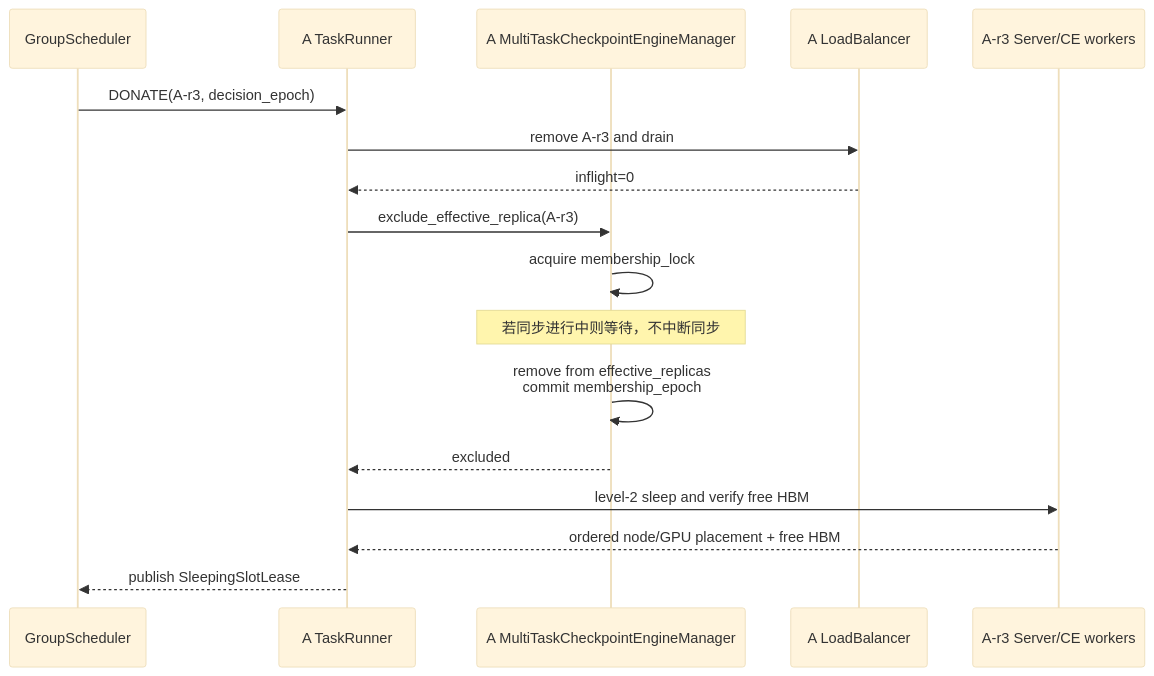
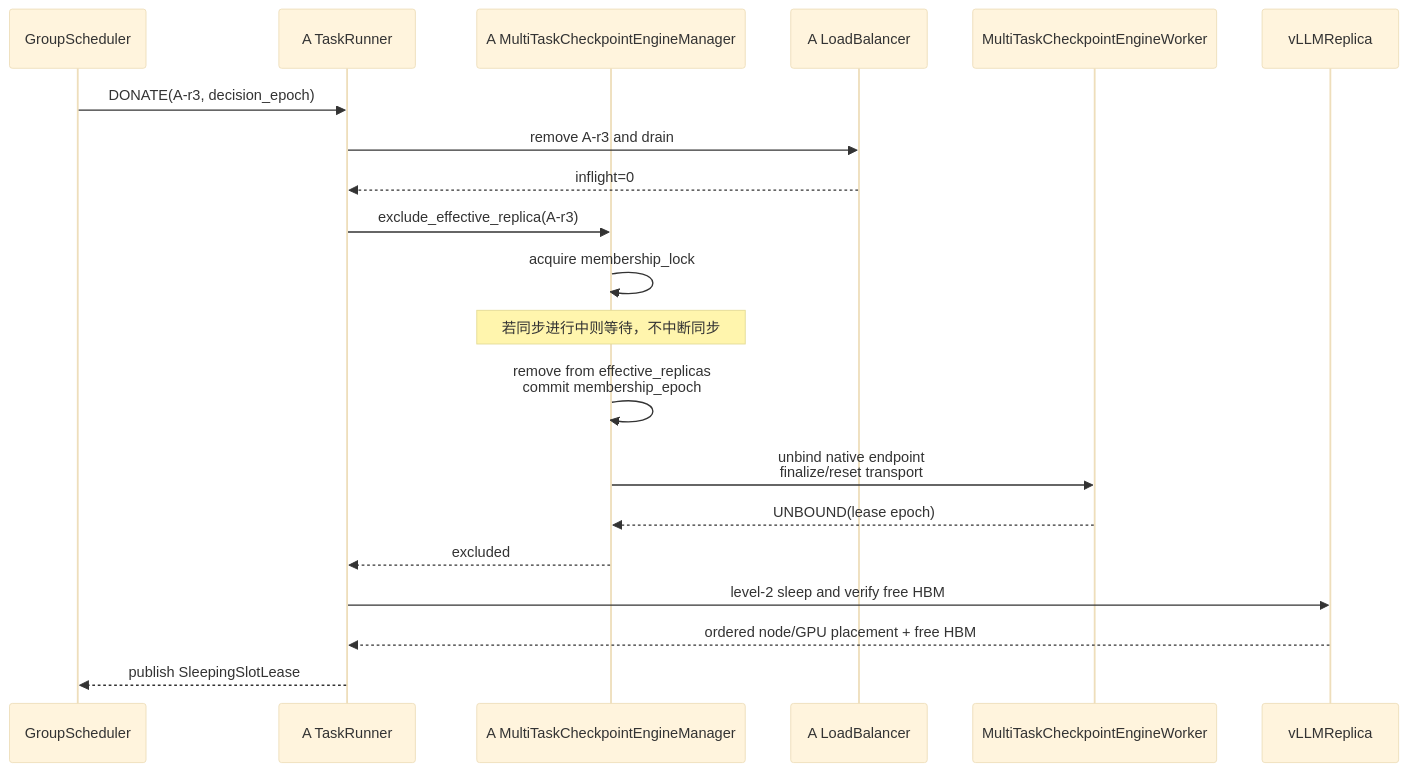
One commit to niuypei/multi_task_verl changed the third of 5 diagrams in multi_task_scheduler/07-async-parameter-sync-checkpoint-engine.md. Above: the diagram before and after it, drawn with Mermaid (base theme). The commit also changed other lines of this file and 4 other files, not shown here.

Commit message:
docs: refine standalone multi-task resource sharing RFC

````diff
--- a/multi_task_scheduler/07-async-parameter-sync-checkpoint-engine.md
+++ b/multi_task_scheduler/07-async-parameter-sync-checkpoint-engine.md
@@ -343,20 +380,23 @@
 ```mermaid
 sequenceDiagram
     participant GS as GroupScheduler
     participant AT as A TaskRunner
     participant ACE as A MultiTaskCheckpointEngineManager
     participant ALB as A LoadBalancer
-    participant AR as A-r3 Server/CE workers
+    participant CW as MultiTaskCheckpointEngineWorker
+    participant AR as vLLMReplica
 
     GS->>AT: DONATE(A-r3, decision_epoch)
     AT->>ALB: remove A-r3 and drain
     ALB-->>AT: inflight=0
     AT->>ACE: exclude_effective_replica(A-r3)
     ACE->>ACE: acquire membership_lock
     Note over ACE: 若同步进行中则等待，不中断同步
     ACE->>ACE: remove from effective_replicas<br/>commit membership_epoch
+    ACE->>CW: unbind native endpoint<br/>finalize/reset transport
+    CW-->>ACE: UNBOUND(lease epoch)
     ACE-->>AT: excluded
     AT->>AR: level-2 sleep and verify free HBM
     AR-->>AT: ordered node/GPU placement + free HBM
     AT-->>GS: publish SleepingSlotLease
 ```
````
